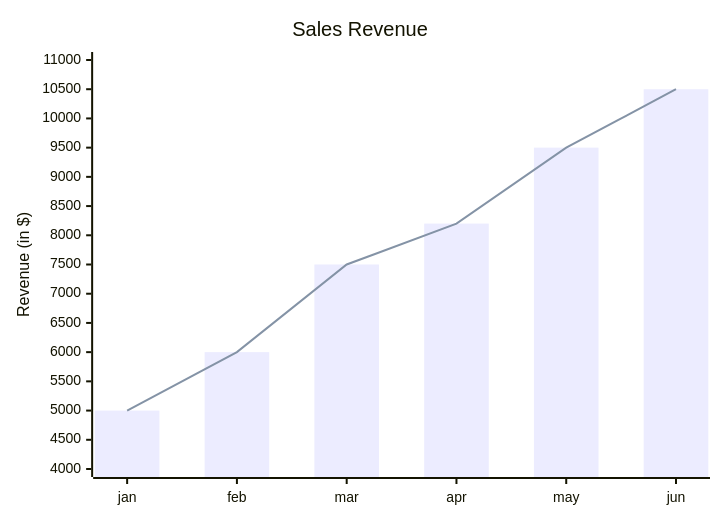
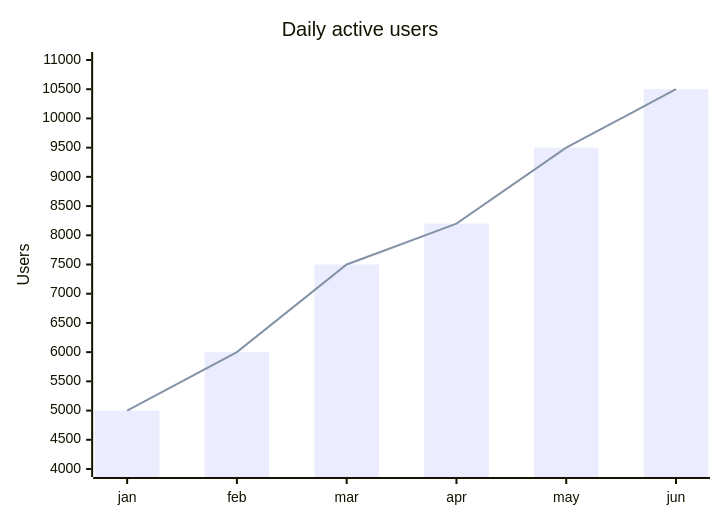
One commit to flatrick/agent-skills changed the first of 2 diagrams in mastery-of-mermaid/references/xy-chart.md. Above: the diagram before and after it, drawn with Mermaid. The commit also changed other lines of this file and 44 other files, not shown here.

First line of the commit message:
docs: retheme mastery-of-mermaid examples to software-dev scenarios

````diff
--- a/mastery-of-mermaid/references/xy-chart.md
+++ b/mastery-of-mermaid/references/xy-chart.md
@@ -9,8 +9,8 @@
 ```mermaid
 xychart
-    title "Sales Revenue"
+    title "Daily active users"
     x-axis [jan, feb, mar, apr, may, jun]
-    y-axis "Revenue (in $)" 4000 --> 11000
+    y-axis "Users" 4000 --> 11000
     bar [5000, 6000, 7500, 8200, 9500, 10500]
     line [5000, 6000, 7500, 8200, 9500, 10500]
 ```
````
